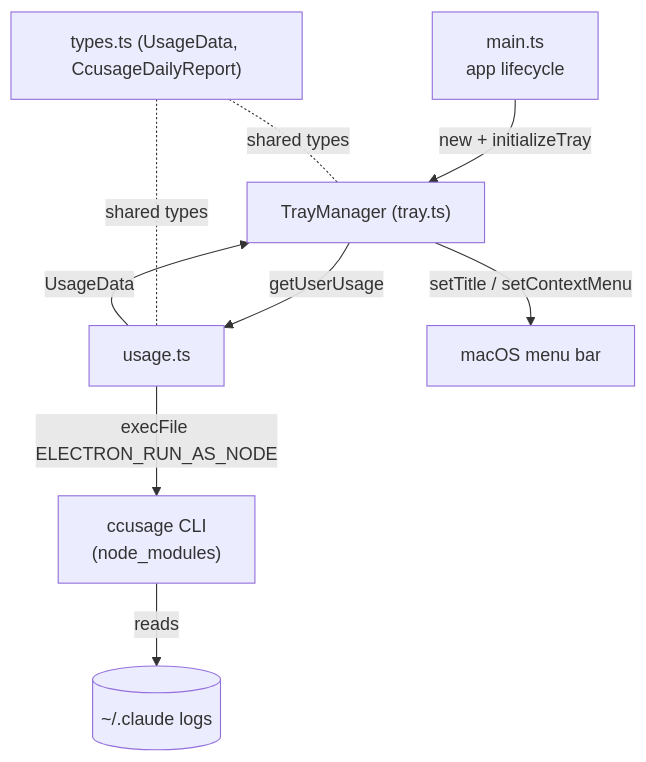
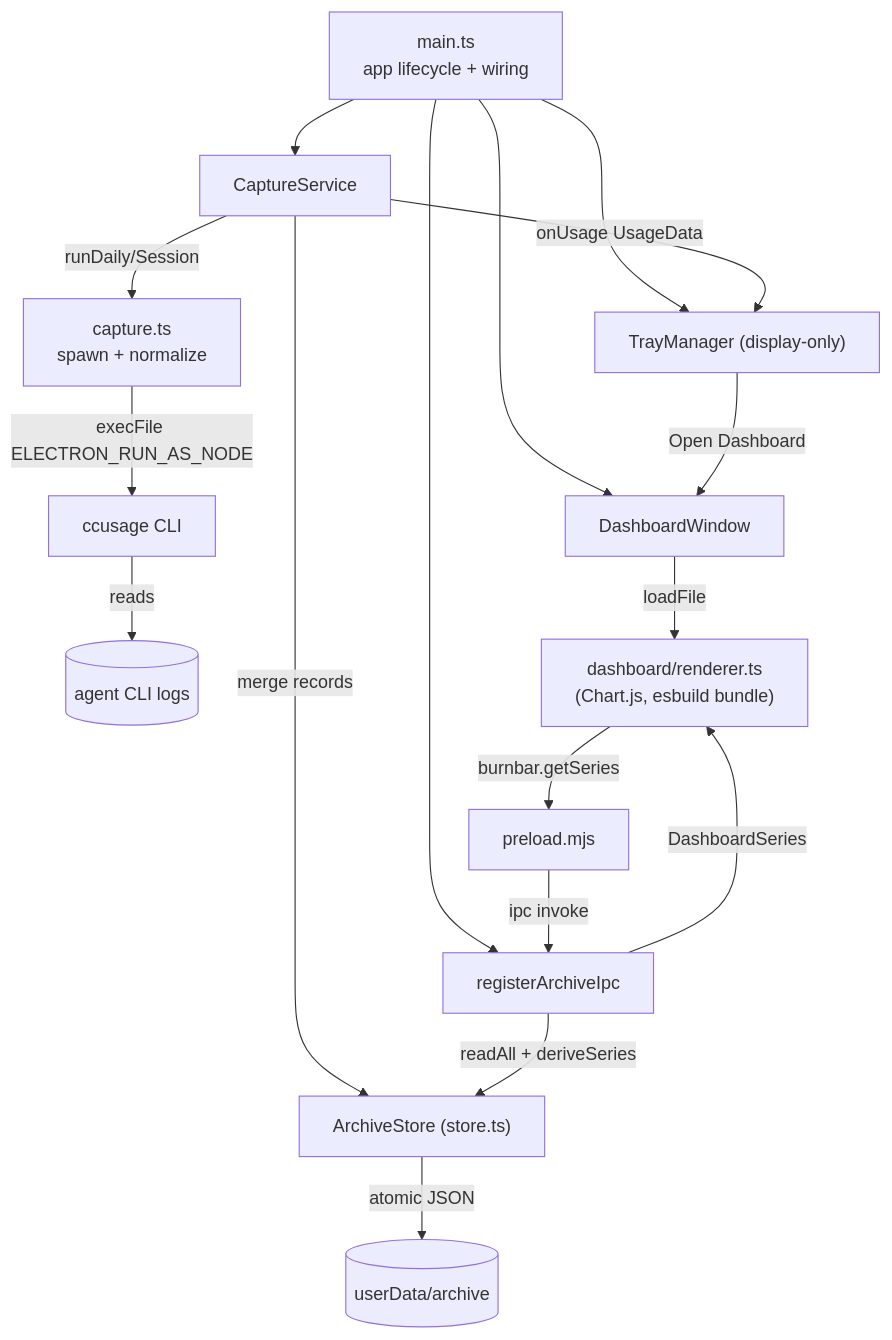
Before and after one commit to tangentlin/burnbar: the first of 2 diagrams in docs/ARCHITECTURE.md, drawn with Mermaid. The commit also changed other lines of this file and 60 other files, not shown here.

First line of the commit message:
feat: durable usage archive + dashboard (#21)

````diff
--- a/docs/ARCHITECTURE.md
+++ b/docs/ARCHITECTURE.md
@@ -17,11 +19,19 @@
 ```mermaid
 flowchart TD
-    main["main.ts<br/>app lifecycle"] -->|new + initializeTray| tray["TrayManager (tray.ts)"]
-    tray -->|getUserUsage| usage["usage.ts"]
-    usage -->|execFile ELECTRON_RUN_AS_NODE| ccusage["ccusage CLI<br/>(node_modules)"]
-    ccusage -->|reads| logs[("~/.claude logs")]
-    usage -->|UsageData| tray
-    tray -->|setTitle / setContextMenu| trayui["macOS menu bar"]
-    types["types.ts (UsageData, CcusageDailyReport)"] -.shared types.- usage
-    types -.shared types.- tray
+    main["main.ts<br/>app lifecycle + wiring"] --> svc["CaptureService"]
+    main --> tray["TrayManager (display-only)"]
+    main --> ipc["registerArchiveIpc"]
+    main --> win["DashboardWindow"]
+    svc -->|runDaily/Session| capture["capture.ts<br/>spawn + normalize"]
+    capture -->|execFile ELECTRON_RUN_AS_NODE| ccusage["ccusage CLI"]
+    ccusage -->|reads| logs[("agent CLI logs")]
+    svc -->|onUsage UsageData| tray
+    svc -->|merge records| store["ArchiveStore (store.ts)"]
+    store -->|atomic JSON| archive[("userData/archive")]
+    tray -->|Open Dashboard| win
+    win -->|loadFile| renderer["dashboard/renderer.ts<br/>(Chart.js, esbuild bundle)"]
+    renderer -->|burnbar.getSeries| preload["preload.mjs"]
+    preload -->|ipc invoke| ipc
+    ipc -->|readAll + deriveSeries| store
+    ipc -->|DashboardSeries| renderer
 ```
````
